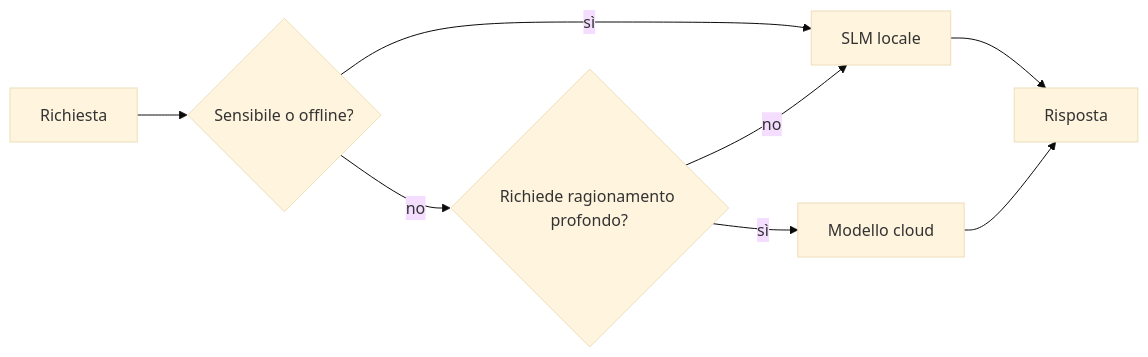
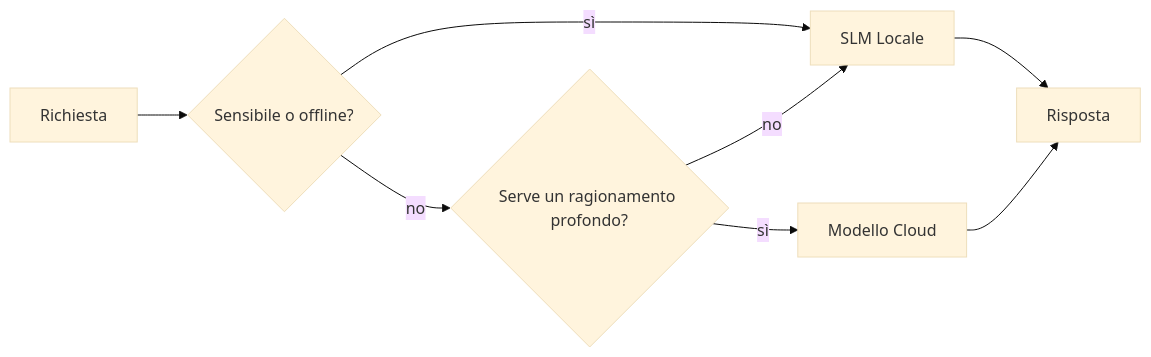
Before and after one commit to gabrielmoreira/agent-skills-mirror: the fourth of 4 diagrams in mirrors/repos/microsoft@ai-agents-for-beginners/translations/it/17-creating-local-ai-agents/README.md, drawn with Mermaid (base theme). The commit also changed other lines of this file and 4262 other files, not shown here.

````diff
--- a/mirrors/repos/microsoft@ai-agents-for-beginners/translations/it/17-creating-local-ai-agents/README.md
+++ b/mirrors/repos/microsoft@ai-agents-for-beginners/translations/it/17-creating-local-ai-agents/README.md
@@ -156,10 +156,10 @@
 ```mermaid
 flowchart LR
     Q[Richiesta] --> S{Sensibile o offline?}
-    S -->|sì| L[SLM locale]
-    S -->|no| C{Richiede ragionamento profondo?}
+    S -->|sì| L[SLM Locale]
+    S -->|no| C{Serve un ragionamento profondo?}
     C -->|no| L
-    C -->|sì| Cloud[Modello cloud]
+    C -->|sì| Cloud[Modello Cloud]
     L --> Out[Risposta]
     Cloud --> Out
 ```
````
